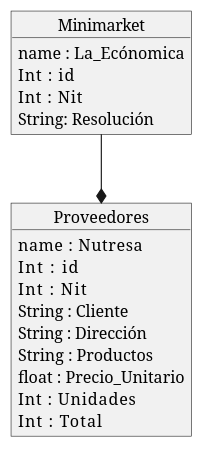
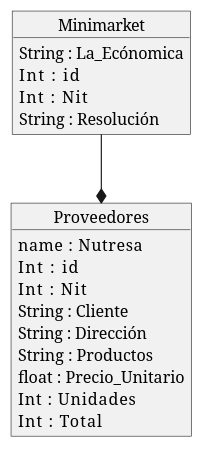
One commit to JerssonF/DIAGRAMA changed the diagram in DIAGRAMA/Diagrama.wsd. Above: the diagram before and after it, drawn with PlantUML.

```diff
--- a/DIAGRAMA/Diagrama.wsd
+++ b/DIAGRAMA/Diagrama.wsd
@@ -1,24 +1,24 @@
 @startuml
 
 object Minimarket
-Minimarket : name  : La_Ecónomica
-Minimarket : Int   : id
-Minimarket : Int   : Nit
-Minimarket : String: Resolución 
+Minimarket : String : La_Ecónomica
+Minimarket : Int    : id
+Minimarket : Int    : Nit
+Minimarket : String : Resolución 
 
 
 
 object Proveedores
 Proveedores : name   : Nutresa
 Proveedores : Int    : id
 Proveedores : Int    : Nit
 Proveedores : String : Cliente
 Proveedores : String : Dirección
 Proveedores : String : Productos
 Proveedores : float  : Precio_Unitario
 Proveedores : Int    : Unidades
 Proveedores : Int    : Total
 
 Minimarket--* Proveedores
 
 @enduml
```
